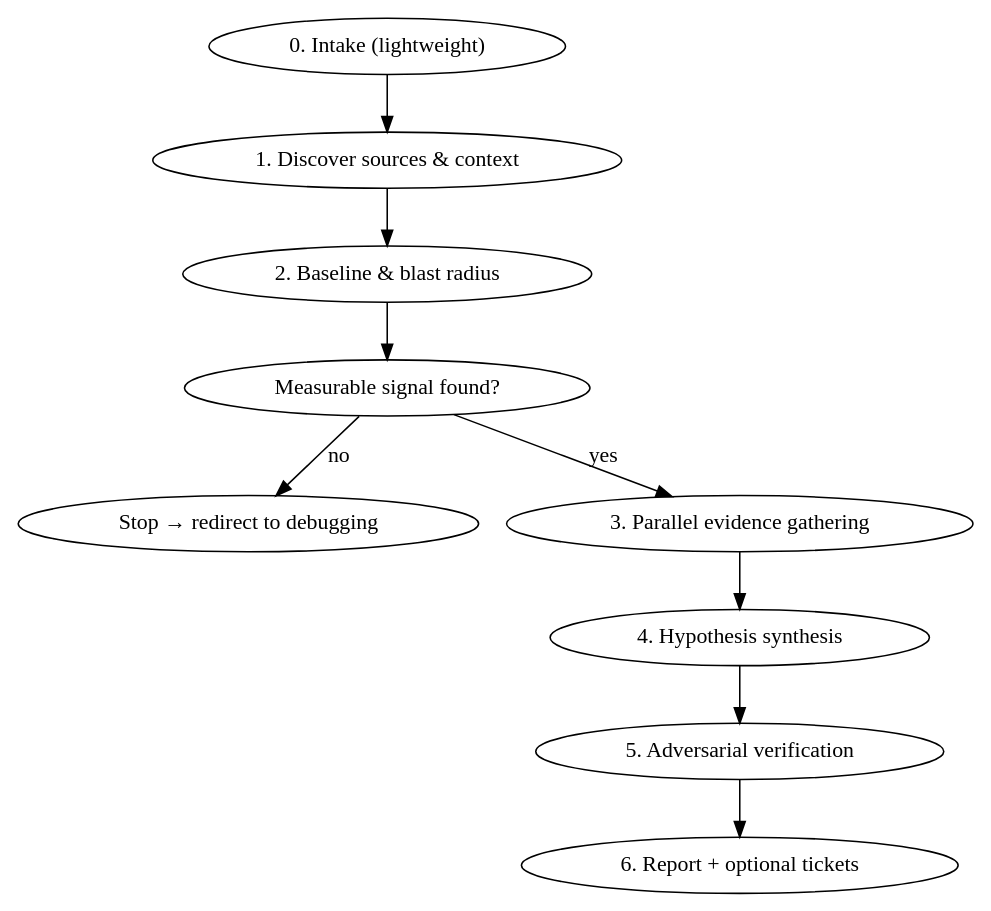
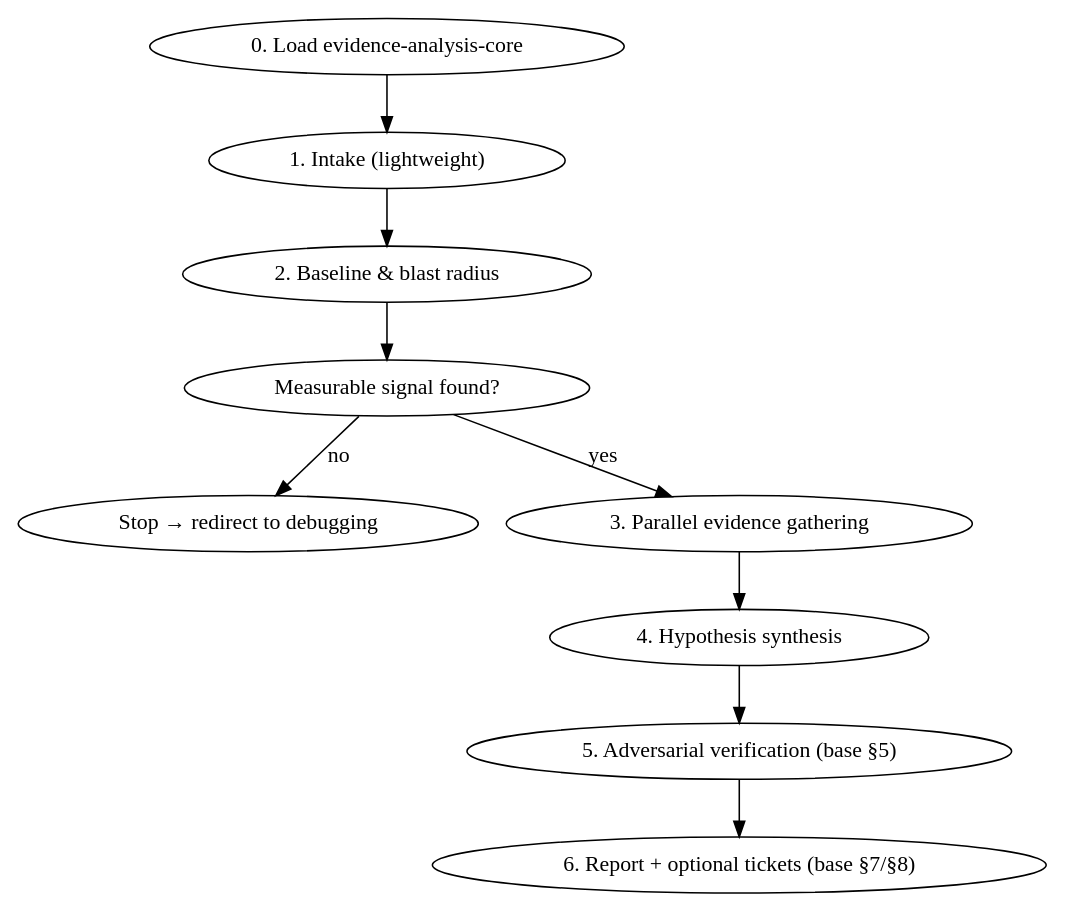
The diagram in nix/module/claude/config/skills/regression-analysis/SKILL.md (entorenee/dotfiles), drawn with Graphviz before and after one commit. The commit also changed other lines of this file, not shown here.

Commit message:
refactor(claude): use shared investigation base skill

````diff
--- a/nix/module/claude/config/skills/regression-analysis/SKILL.md
+++ b/nix/module/claude/config/skills/regression-analysis/SKILL.md
@@ -57,13 +47,13 @@
 ```dot
 digraph regression {
   rankdir=TB;
-  "0. Intake (lightweight)" -> "1. Discover sources & context";
-  "1. Discover sources & context" -> "2. Baseline & blast radius";
+  "0. Load evidence-analysis-core" -> "1. Intake (lightweight)";
+  "1. Intake (lightweight)" -> "2. Baseline & blast radius";
   "2. Baseline & blast radius" -> "Measurable signal found?" [shape=diamond];
   "Measurable signal found?" -> "Stop → redirect to debugging" [label="no"];
   "Measurable signal found?" -> "3. Parallel evidence gathering" [label="yes"];
   "3. Parallel evidence gathering" -> "4. Hypothesis synthesis";
-  "4. Hypothesis synthesis" -> "5. Adversarial verification";
-  "5. Adversarial verification" -> "6. Report + optional tickets";
+  "4. Hypothesis synthesis" -> "5. Adversarial verification (base §5)";
+  "5. Adversarial verification (base §5)" -> "6. Report + optional tickets (base §7/§8)";
 }
 ```
````
